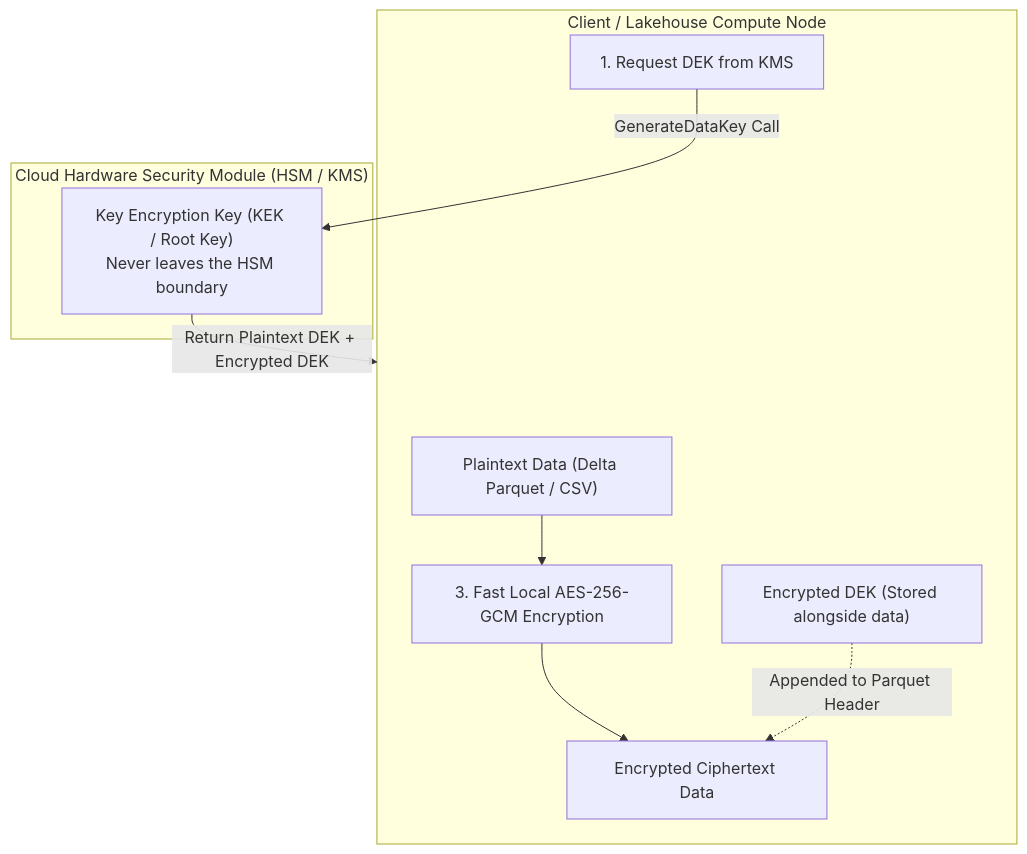
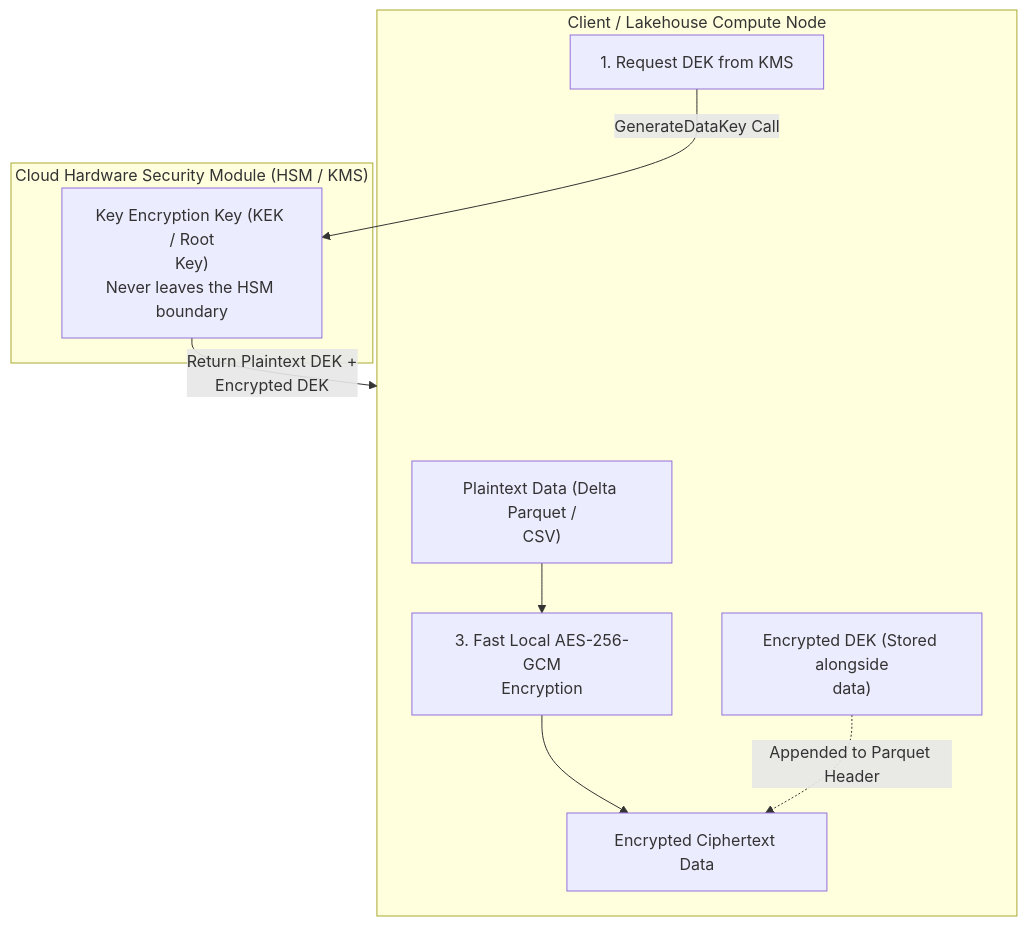
The second of 3 diagrams in modules/04_secrets_management_and_encryption/README.md (santoshjammi29/security-handbook), drawn with Mermaid before and after one commit. The commit also changed other lines of this file and 22 other files, not shown here.

Commit message:
fix(diagrams): word-wrap labels and escape comparison operators across all diagrams

````diff
--- a/modules/04_secrets_management_and_encryption/README.md
+++ b/modules/04_secrets_management_and_encryption/README.md
@@ -21,20 +21,20 @@
 ```mermaid
 flowchart TD
     subgraph LocalCompute["Client / Lakehouse Compute Node"]
-        Plaintext["Plaintext Data (Delta Parquet / CSV)"]
+        Plaintext["Plaintext Data (Delta Parquet /<br/>CSV)"]
         GenDEK["1. Request DEK from KMS"]
-        AES["3. Fast Local AES-256-GCM Encryption"]
+        AES["3. Fast Local AES-256-GCM<br/>Encryption"]
         Ciphertext["Encrypted Ciphertext Data"]
-        EncDEK["Encrypted DEK (Stored alongside data)"]
+        EncDEK["Encrypted DEK (Stored alongside<br/>data)"]
     end
 
     subgraph CloudKMS["Cloud Hardware Security Module (HSM / KMS)"]
-        KEK["Key Encryption Key (KEK / Root Key)<br>Never leaves the HSM boundary"]
+        KEK["Key Encryption Key (KEK / Root<br/>Key)<br/>Never leaves the HSM boundary"]
     end
 
     GenDEK -->|GenerateDataKey Call| KEK
-    KEK -->|Return Plaintext DEK + Encrypted DEK| LocalCompute
+    KEK -->|"Return Plaintext DEK +<br/>Encrypted DEK"| LocalCompute
     Plaintext --> AES
     AES --> Ciphertext
     EncDEK -.->|Appended to Parquet Header| Ciphertext
 ```
````
